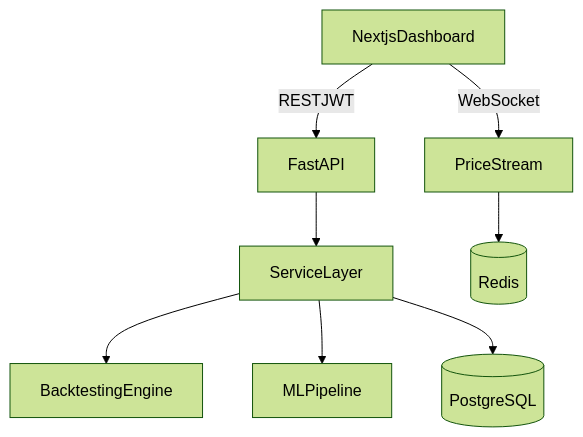
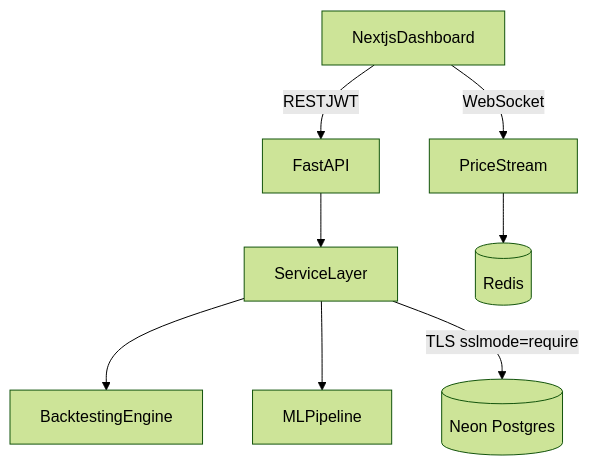
Before and after one commit to dadal5913/Data-Analysis-Project: the diagram in README.md, drawn with Mermaid (forest theme). The commit also changed other lines of this file and 54 other files, not shown here.

````diff
--- a/README.md
+++ b/README.md
@@ -8,10 +8,10 @@
 ```mermaid
 graph TB
   Frontend[NextjsDashboard] -->|RESTJWT| Backend[FastAPI]
   Frontend -->|WebSocket| WsEndpoint[PriceStream]
   Backend --> Services[ServiceLayer]
   Services --> Backtesting[BacktestingEngine]
   Services --> MlModule[MLPipeline]
-  Services --> Pg[(PostgreSQL)]
+  Services -->|TLS sslmode=require| Neon[(Neon Postgres)]
   WsEndpoint --> Redis[(Redis)]
 ```
````
